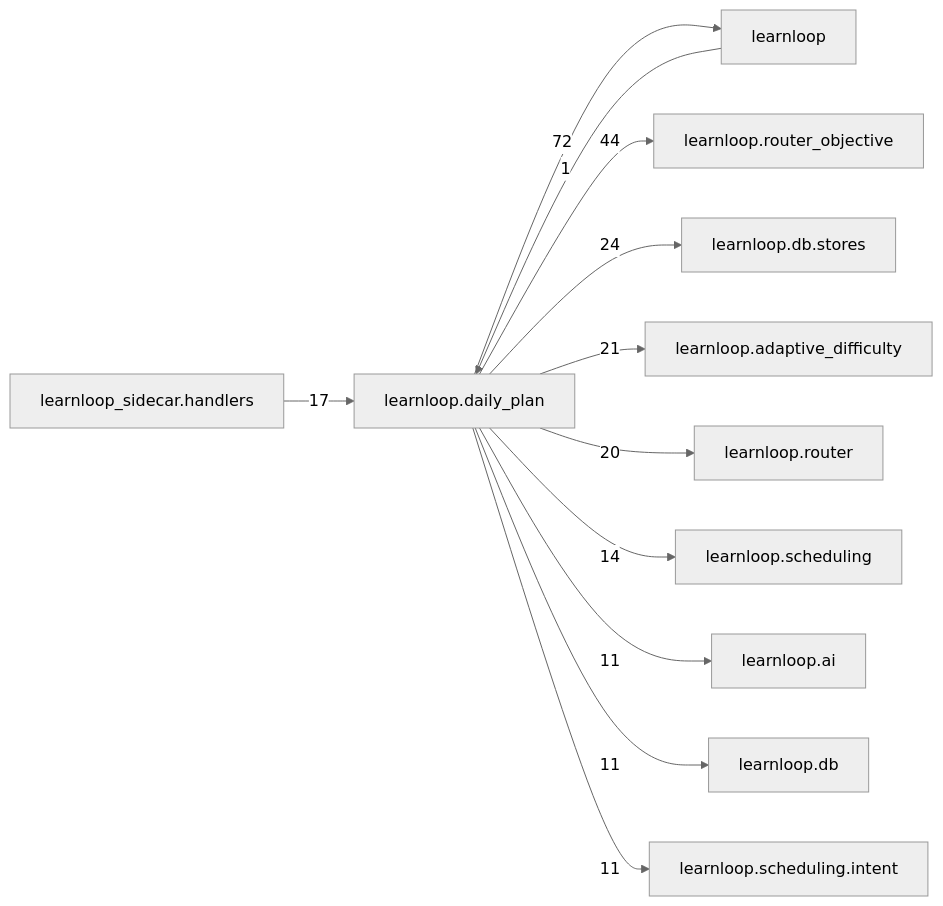
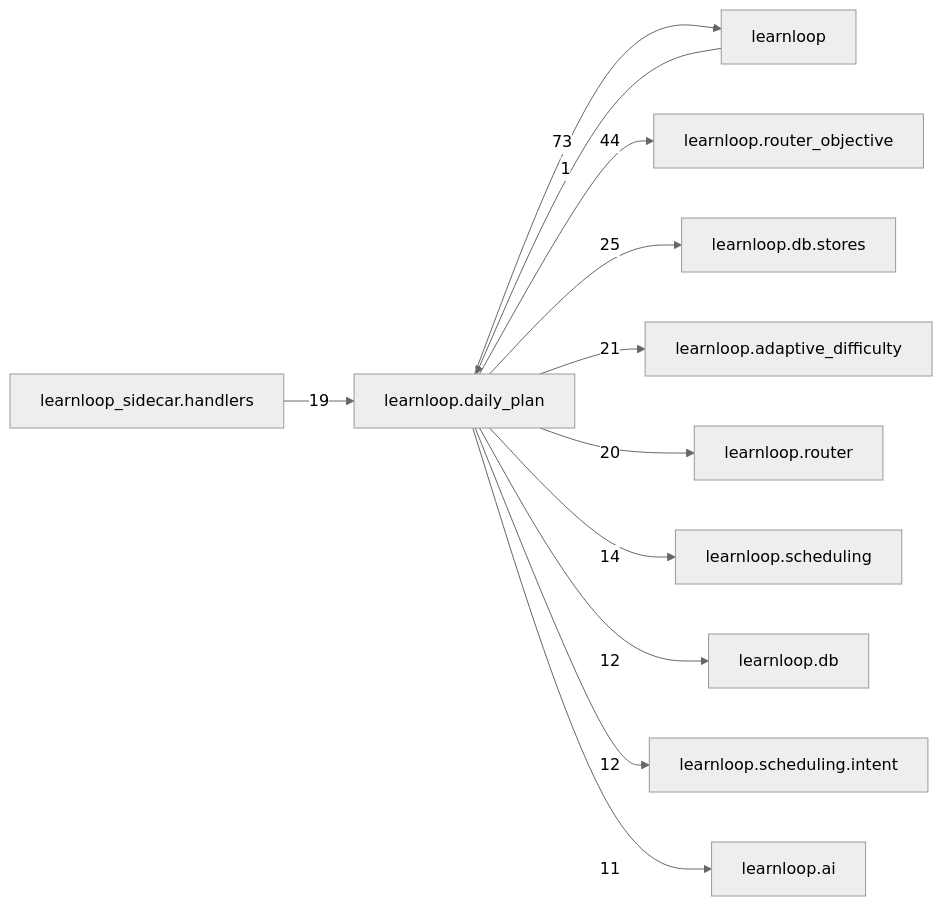
One commit to 6up-b/learnanything changed the diagram in docs/learnloop-architecture-vault/Reference/Modules/learnloop/daily_plan/_package.md. Above: the diagram before and after it, drawn with Mermaid (neutral theme). The commit also changed other lines of this file and 62 other files, not shown here.

````diff
--- a/docs/learnloop-architecture-vault/Reference/Modules/learnloop/daily_plan/_package.md
+++ b/docs/learnloop-architecture-vault/Reference/Modules/learnloop/daily_plan/_package.md
@@ -172,25 +174,25 @@
 ```mermaid
 flowchart LR
     center["learnloop.daily_plan"]
     n_learnloop["learnloop"]
     n_learnloop_router_objective["learnloop.router_objective"]
     n_learnloop_db_stores["learnloop.db.stores"]
     n_learnloop_adaptive_difficulty["learnloop.adaptive_difficulty"]
     n_learnloop_router["learnloop.router"]
     n_learnloop_sidecar_handlers["learnloop_sidecar.handlers"]
     n_learnloop_scheduling["learnloop.scheduling"]
-    n_learnloop_ai["learnloop.ai"]
     n_learnloop_db["learnloop.db"]
     n_learnloop_scheduling_intent["learnloop.scheduling.intent"]
+    n_learnloop_ai["learnloop.ai"]
     n_learnloop -->|1| center
-    center -->|72| n_learnloop
+    center -->|73| n_learnloop
     center -->|44| n_learnloop_router_objective
-    center -->|24| n_learnloop_db_stores
+    center -->|25| n_learnloop_db_stores
     center -->|21| n_learnloop_adaptive_difficulty
     center -->|20| n_learnloop_router
-    n_learnloop_sidecar_handlers -->|17| center
+    n_learnloop_sidecar_handlers -->|19| center
     center -->|14| n_learnloop_scheduling
+    center -->|12| n_learnloop_db
+    center -->|12| n_learnloop_scheduling_intent
     center -->|11| n_learnloop_ai
-    center -->|11| n_learnloop_db
-    center -->|11| n_learnloop_scheduling_intent
 ```
````
